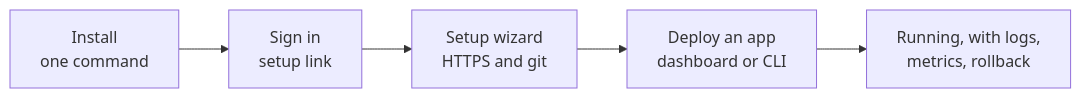
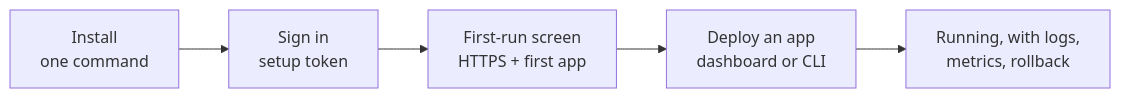
The diagram in docs/getting-started.md (glincker/levelrail), drawn with Mermaid before and after one commit. The commit also changed other lines of this file and 74 other files, not shown here.

First line of the commit message:
feat(onboarding): one guided path from install to a live app

````diff
--- a/docs/getting-started.md
+++ b/docs/getting-started.md
@@ -13,7 +13,7 @@
 ```mermaid
 flowchart LR
-  A["Install<br/>one command"] --> B["Sign in<br/>setup link"]
-  B --> C["Setup wizard<br/>HTTPS and git"]
+  A["Install<br/>one command"] --> B["Sign in<br/>setup token"]
+  B --> C["First-run screen<br/>HTTPS + first app"]
   C --> D["Deploy an app<br/>dashboard or CLI"]
   D --> E["Running, with logs,<br/>metrics, rollback"]
 ```
````
